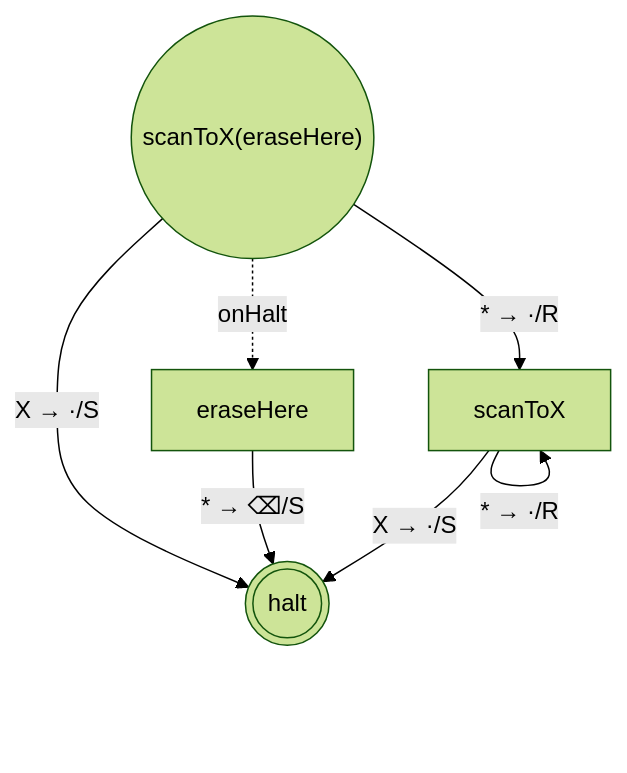
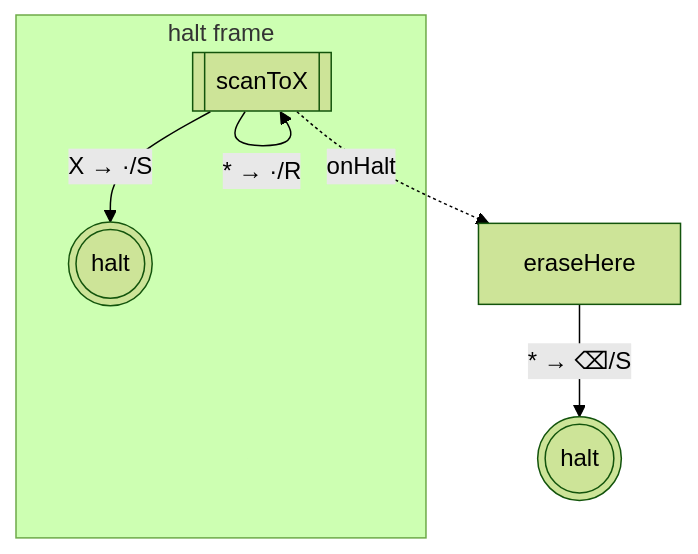
One commit to mellonis/turing-machine-js changed the eighth of 8 diagrams in packages/machine/README.md. Above: the diagram before and after it, drawn with Mermaid (forest theme). The commit also changed other lines of this file and 10 other files, not shown here.

First line of the commit message:
feat!: cleaner `toMermaid` emit for wrapped states (closes #138, closes #139)

````diff
--- a/packages/machine/README.md
+++ b/packages/machine/README.md
@@ -439,14 +439,14 @@
 ```mermaid
 flowchart TD
 %% alphabets: [[" ","a","b","X"]]
   s0(((halt)))
-  s1["scanToX"]
   s2["eraseHere"]
-  s3(("scanToX(eraseHere)"))
-  s1 -- "X → ·/S" --> s0
-  s1 -- "* → ·/R" --> s1
+  subgraph w_3["halt frame"]
+    s3[["scanToX"]]
+    c3(((halt)))
+  end
   s2 -- "* → ⌫/S" --> s0
-  s3 -- "X → ·/S" --> s0
-  s3 -- "* → ·/R" --> s1
+  s3 -- "X → ·/S" --> c3
+  s3 -- "* → ·/R" --> s3
   s3 -. onHalt .-> s2
 ```
````
